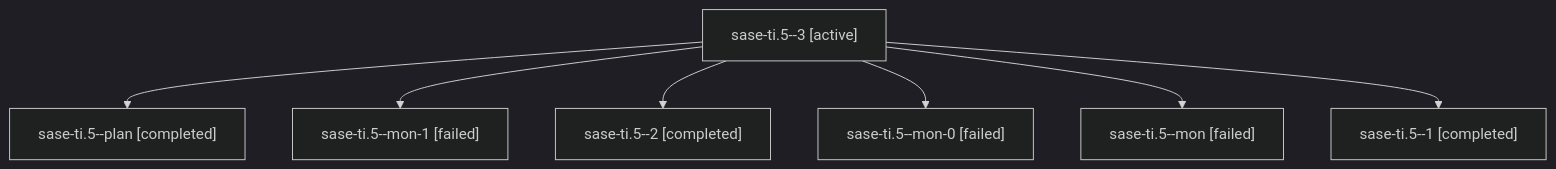
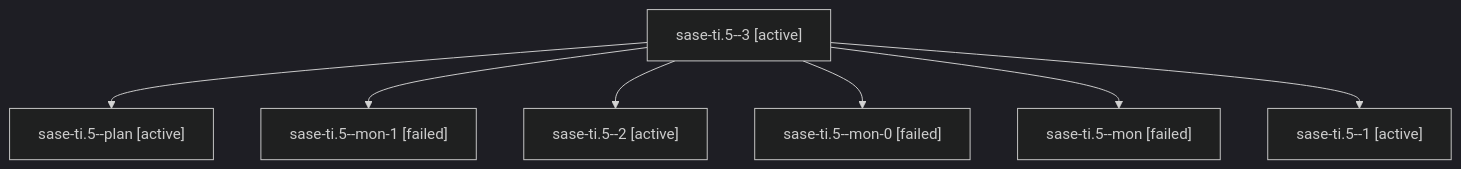
The diagram in families/bbugyi200.athena.sase-ti.5.md (sase-org/sase--agents), drawn with Mermaid (dark theme) before and after one commit. The commit also changed other lines of this file and 35830 other files, not shown here.

````diff
--- a/families/bbugyi200.athena.sase-ti.5.md
+++ b/families/bbugyi200.athena.sase-ti.5.md
@@ -9,16 +9,16 @@
 ```mermaid
 flowchart TD
   n0["sase-ti.5--3 [active]"]
-  n1["sase-ti.5--plan [completed]"]
+  n1["sase-ti.5--plan [active]"]
   n0 --> n1
   n2["sase-ti.5--mon-1 [failed]"]
   n0 --> n2
-  n3["sase-ti.5--2 [completed]"]
+  n3["sase-ti.5--2 [active]"]
   n0 --> n3
   n4["sase-ti.5--mon-0 [failed]"]
   n0 --> n4
   n5["sase-ti.5--mon [failed]"]
   n0 --> n5
-  n6["sase-ti.5--1 [completed]"]
+  n6["sase-ti.5--1 [active]"]
   n0 --> n6
 ```
````
